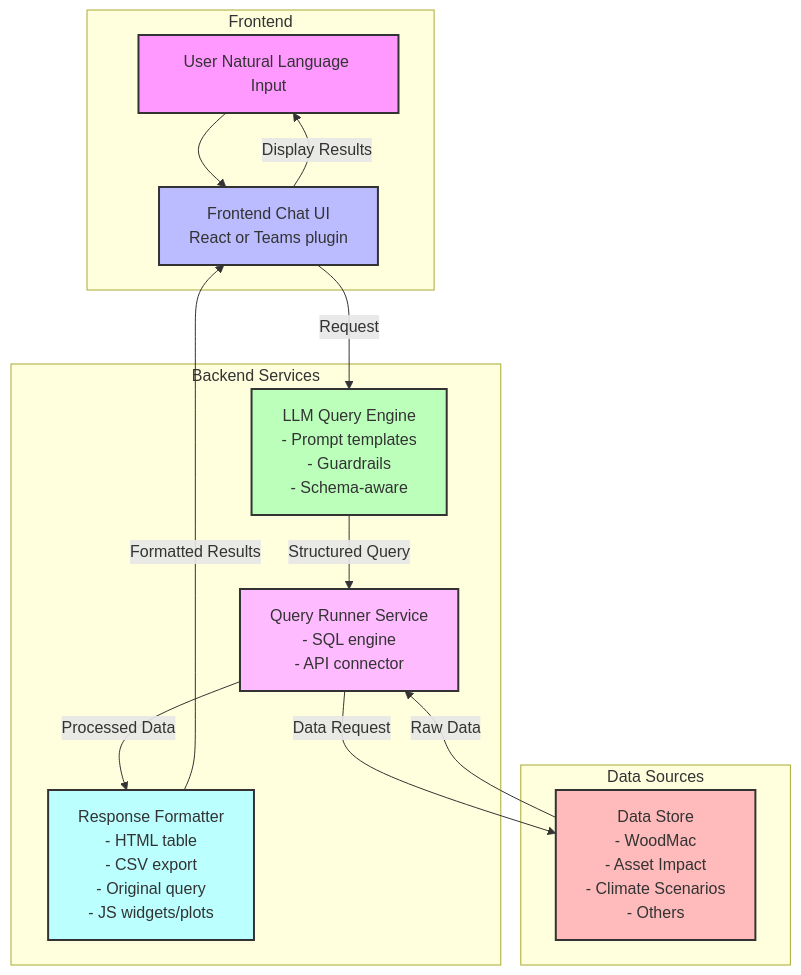
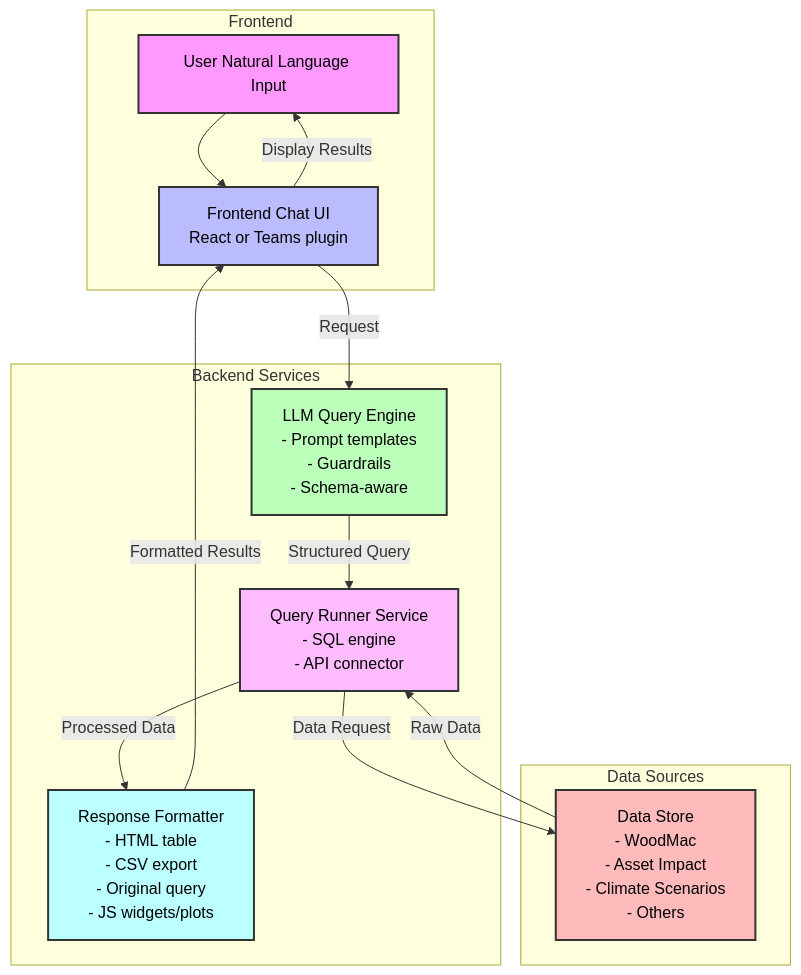
The diagram in README.md (jdhoffa/lucidata), drawn with Mermaid before and after one commit.

Commit message:
make font black

````diff
--- a/README.md
+++ b/README.md
@@ -45,33 +45,33 @@
 ```mermaid
 graph TD
     A[User Natural Language Input] --> B[Frontend Chat UI]
     B --> |Request| C[LLM Query Engine]
     C --> |Structured Query| D[Query Runner Service]
     D --> |Data Request| E[Data Store]
     E --> |Raw Data| D
     D --> |Processed Data| F[Response Formatter]
     F --> |Formatted Results| B
     B --> |Display Results| A
 
-    style A fill:#f9f,stroke:#333,stroke-width:2px
-    style B fill:#bbf,stroke:#333,stroke-width:2px
-    style C fill:#bfb,stroke:#333,stroke-width:2px
-    style D fill:#fbf,stroke:#333,stroke-width:2px
-    style E fill:#fbb,stroke:#333,stroke-width:2px
-    style F fill:#bff,stroke:#333,stroke-width:2px
+    style A fill:#f9f,stroke:#333,stroke-width:2px,color:#000
+    style B fill:#bbf,stroke:#333,stroke-width:2px,color:#000
+    style C fill:#bfb,stroke:#333,stroke-width:2px,color:#000
+    style D fill:#fbf,stroke:#333,stroke-width:2px,color:#000
+    style E fill:#fbb,stroke:#333,stroke-width:2px,color:#000
+    style F fill:#bff,stroke:#333,stroke-width:2px,color:#000
 
     subgraph "Frontend"
         A
         B[Frontend Chat UI<br>React or Teams plugin]
     end
 
     subgraph "Backend Services"
         C[LLM Query Engine<br>- Prompt templates<br>- Guardrails<br>- Schema-aware]
         D[Query Runner Service<br>- SQL engine <br>- API connector]
         F[Response Formatter<br>- HTML table<br>- CSV export<br>- Original query<br>- JS widgets/plots]
     end
 
     subgraph "Data Sources"
         E[Data Store<br>- WoodMac<br>- Asset Impact<br>- Climate Scenarios <br>- Others]
     end
 ```
````
